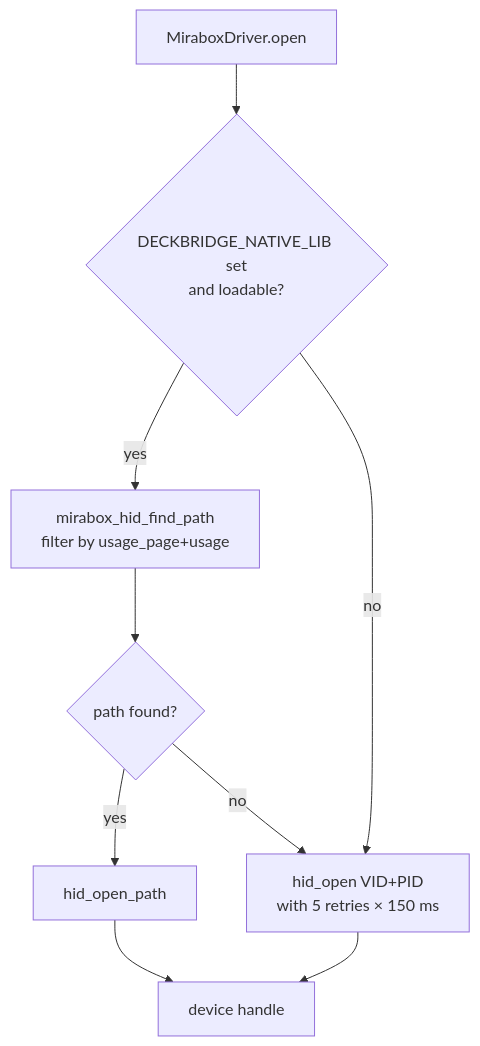
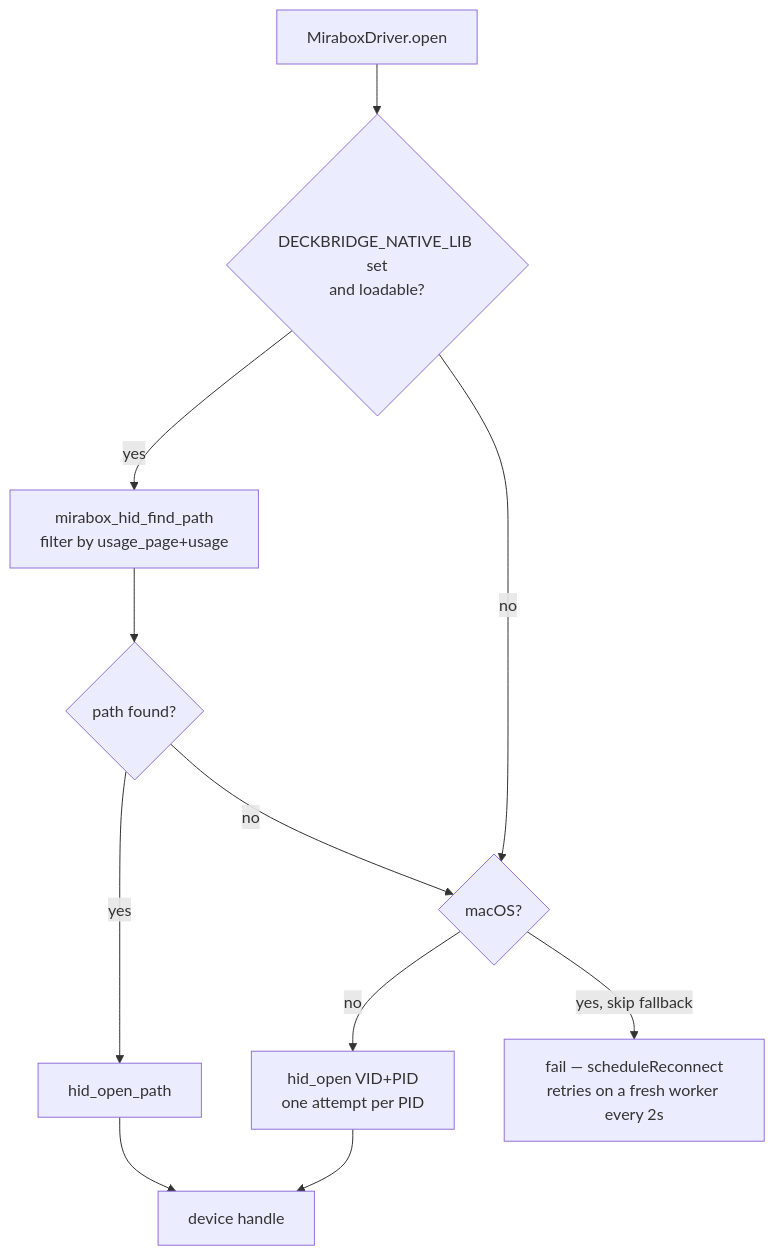
The second of 2 diagrams in rust/README.md (lukasMega/DeckBridge), drawn with Mermaid before and after one commit. The commit also changed other lines of this file and 10 other files, not shown here.

````diff
--- a/rust/README.md
+++ b/rust/README.md
@@ -81,11 +84,13 @@
 ```mermaid
 flowchart TD
     A[MiraboxDriver.open] --> B{DECKBRIDGE_NATIVE_LIB set<br/>and loadable?}
     B -->|yes| C[mirabox_hid_find_path<br/>filter by usage_page+usage]
     C --> D{path found?}
     D -->|yes| E[hid_open_path]
-    B -->|no| F[hid_open VID+PID<br/>with 5 retries × 150 ms]
+    B -->|no| F{macOS?}
     D -->|no| F
+    F -->|no| H[hid_open VID+PID<br/>one attempt per PID]
+    F -->|yes, skip fallback| I[fail — scheduleReconnect<br/>retries on a fresh worker every 2s]
     E --> G[device handle]
-    F --> G
+    H --> G
 ```
````
